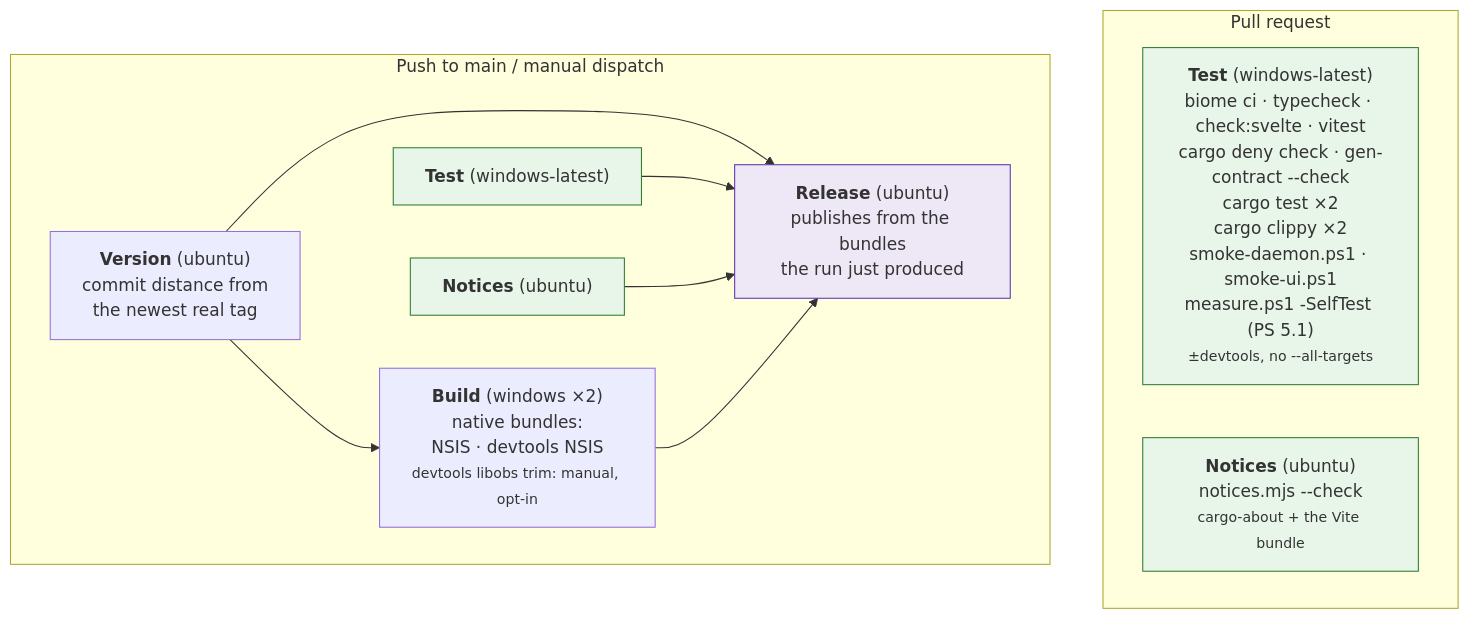
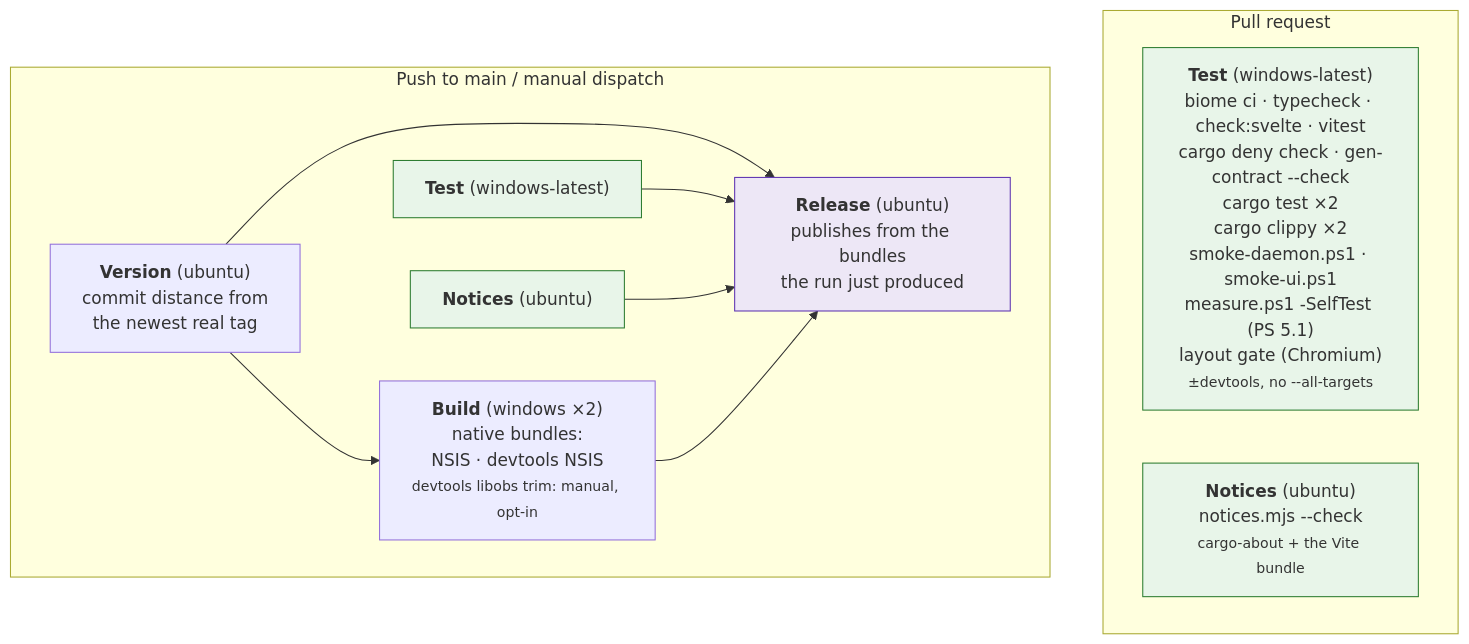
The first of 3 diagrams in docs/ci-and-releases.md (NinjaGoldfinch/ninja-recorder), drawn with Mermaid before and after one commit. The commit also changed other lines of this file and 12 other files, not shown here.

First line of the commit message:
test(library): a layout gate that fails when anything is drawn outside a row (#369)

````diff
--- a/docs/ci-and-releases.md
+++ b/docs/ci-and-releases.md
@@ -14,24 +14,24 @@
 ```mermaid
 flowchart TB
     subgraph PR["Pull request"]
-        T1["<b>Test</b> (windows-latest)<br/>biome ci · typecheck · check:svelte · vitest<br/>cargo deny check · gen-contract --check<br/>cargo test ×2<br/>cargo clippy ×2<br/>smoke-daemon.ps1 · smoke-ui.ps1<br/>measure.ps1 -SelfTest (PS 5.1)<br/><small>±devtools, no --all-targets</small>"]
+        T1["<b>Test</b> (windows-latest)<br/>biome ci · typecheck · check:svelte · vitest<br/>cargo deny check · gen-contract --check<br/>cargo test ×2<br/>cargo clippy ×2<br/>smoke-daemon.ps1 · smoke-ui.ps1<br/>measure.ps1 -SelfTest (PS 5.1)<br/>layout gate (Chromium)<br/><small>±devtools, no --all-targets</small>"]
         N1["<b>Notices</b> (ubuntu)<br/>notices.mjs --check<br/><small>cargo-about + the Vite bundle</small>"]
     end
     subgraph MAIN["Push to main / manual dispatch"]
         T["<b>Test</b> (windows-latest)"]
         N["<b>Notices</b> (ubuntu)"]
         V["<b>Version</b> (ubuntu)<br/>commit distance from<br/>the newest real tag"]
         B["<b>Build</b> (windows ×2)<br/>native bundles:<br/>NSIS · devtools NSIS<br/><small>devtools libobs trim: manual, opt-in</small>"]
         R["<b>Release</b> (ubuntu)<br/>publishes from the bundles<br/>the run just produced"]
         V --> B
         V --> R
         T --> R
         N --> R
         B --> R
     end
     style T1 fill:#e8f5e9,stroke:#2e7d32
     style T fill:#e8f5e9,stroke:#2e7d32
     style N1 fill:#e8f5e9,stroke:#2e7d32
     style N fill:#e8f5e9,stroke:#2e7d32
     style R fill:#ede7f6,stroke:#5e35b1
 ```
````
